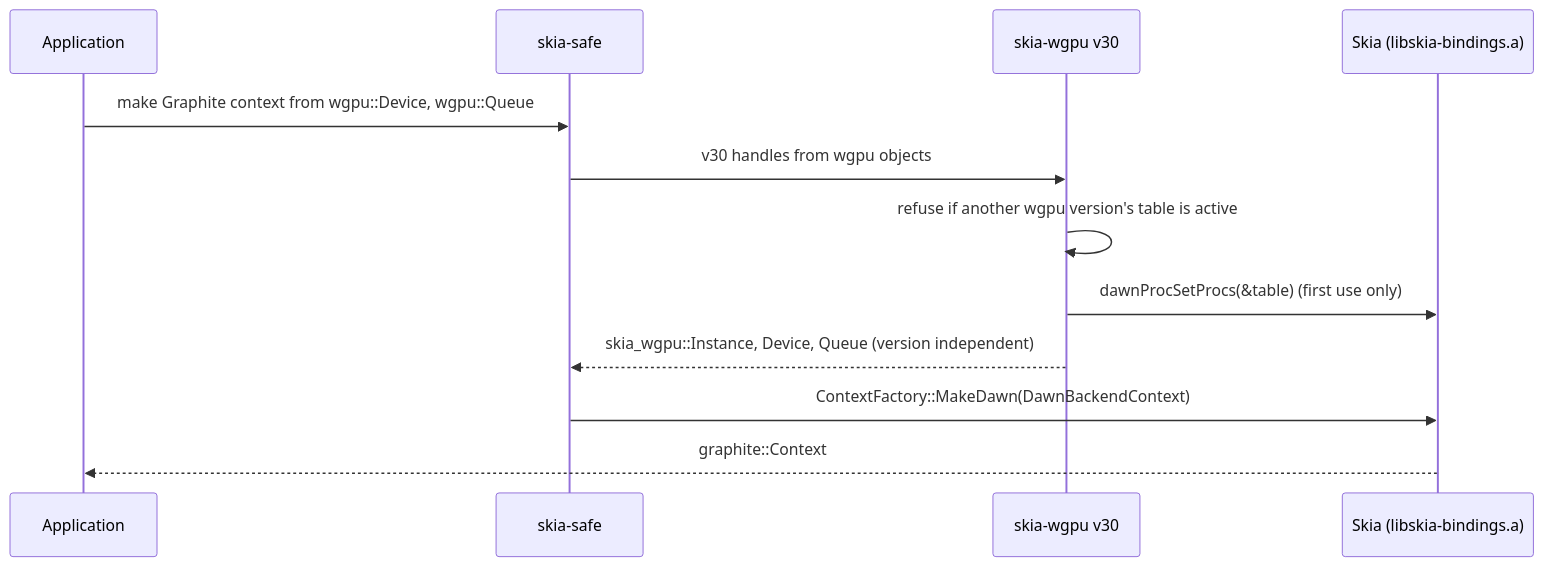
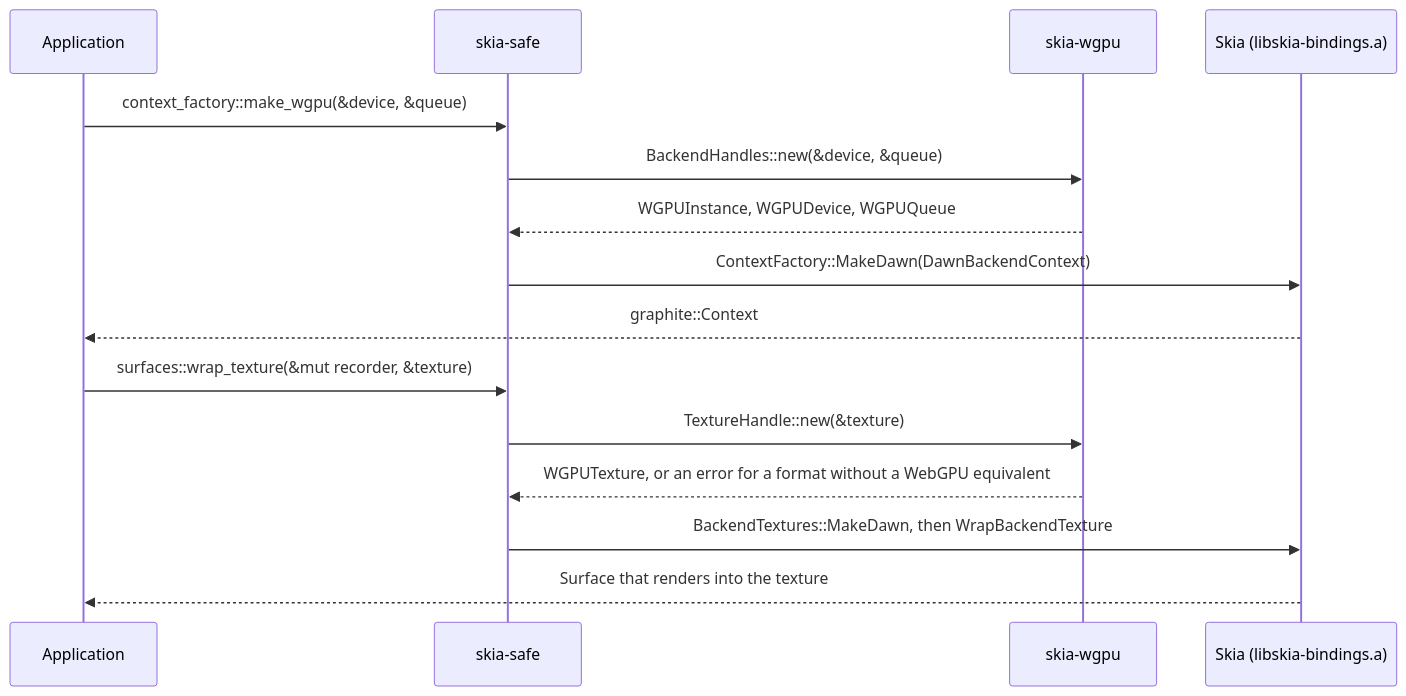
The fourth of 5 diagrams in docs/wgpu-backend-architecture.md (rust-skia/rust-skia), drawn with Mermaid before and after one commit. The commit also changed other lines of this file and 2 other files, not shown here.

Commit message:
docs: Split the WebGPU function exports into ADR 0004, and record skia-safe's wgpu API and the pending-map leak

````diff
--- a/docs/wgpu-backend-architecture.md
+++ b/docs/wgpu-backend-architecture.md
@@ -95,15 +112,19 @@
 ```mermaid
 sequenceDiagram
     participant App as Application
     participant Safe as skia-safe
-    participant Shim as skia-wgpu v30
+    participant Shim as skia-wgpu
     participant Skia as Skia (libskia-bindings.a)
 
-    App->>Safe: make Graphite context from wgpu::Device, wgpu::Queue
-    Safe->>Shim: v30 handles from wgpu objects
-    Shim->>Shim: refuse if another wgpu version's table is active
-    Shim->>Skia: dawnProcSetProcs(&table) (first use only)
-    Shim-->>Safe: skia_wgpu::Instance, Device, Queue (version independent)
+    App->>Safe: context_factory::make_wgpu(&device, &queue)
+    Safe->>Shim: BackendHandles::new(&device, &queue)
+    Shim-->>Safe: WGPUInstance, WGPUDevice, WGPUQueue
     Safe->>Skia: ContextFactory::MakeDawn(DawnBackendContext)
     Skia-->>App: graphite::Context
+
+    App->>Safe: surfaces::wrap_texture(&mut recorder, &texture)
+    Safe->>Shim: TextureHandle::new(&texture)
+    Shim-->>Safe: WGPUTexture, or an error for a format without a WebGPU equivalent
+    Safe->>Skia: BackendTextures::MakeDawn, then WrapBackendTexture
+    Skia-->>App: Surface that renders into the texture
 ```
````
